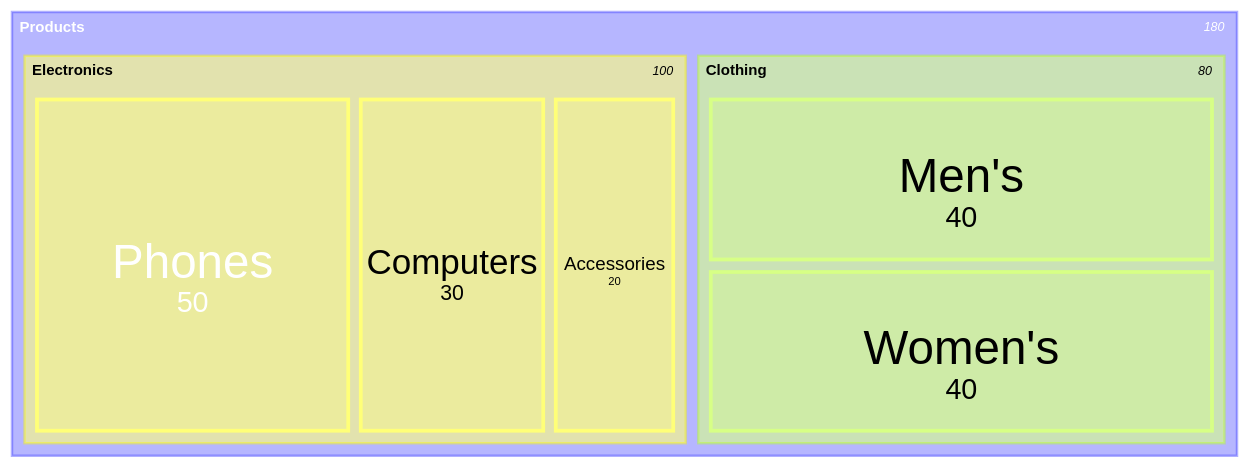
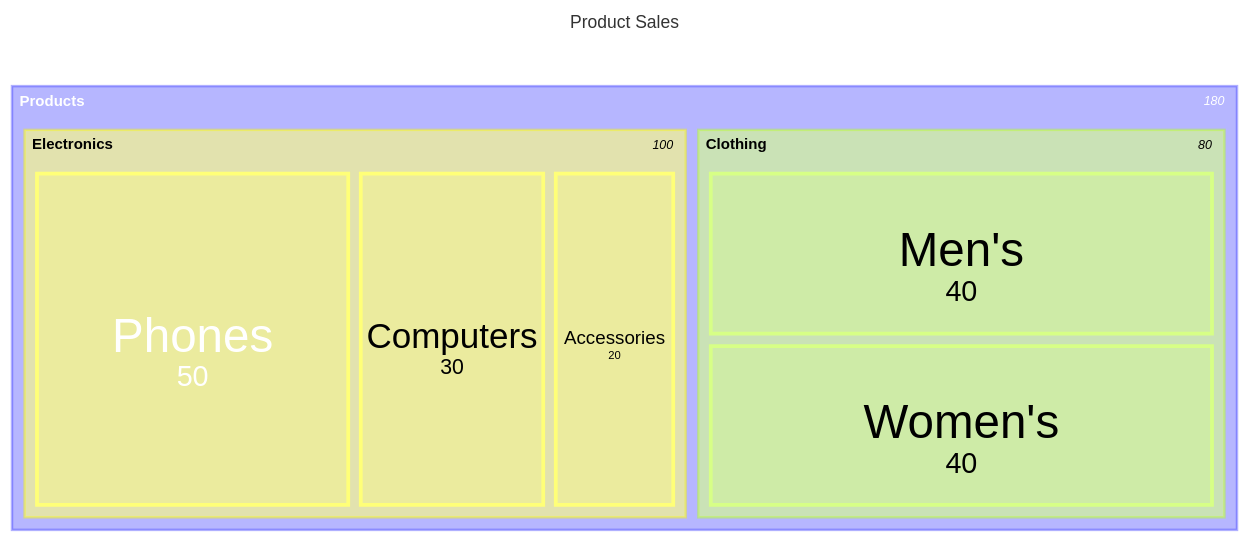
One commit to hgrabows/diagrammer-skills changed the second of 6 diagrams in skills/diagrammer/specs/mermaid/treemap.md. Above: the diagram before and after it, drawn with Mermaid. The commit also changed other lines of this file and 127 other files, not shown here.

First line of the commit message:
feat: audit all specs, add example gallery, fix PlantUML and Gantt rendering

````diff
--- a/skills/diagrammer/specs/mermaid/treemap.md
+++ b/skills/diagrammer/specs/mermaid/treemap.md
@@ -58,11 +65,12 @@
 ```mermaid
 treemap-beta
+title Product Sales
 "Products"
     "Electronics"
         "Phones": 50
         "Computers": 30
         "Accessories": 20
     "Clothing"
         "Men's": 40
         "Women's": 40
 ```
````
